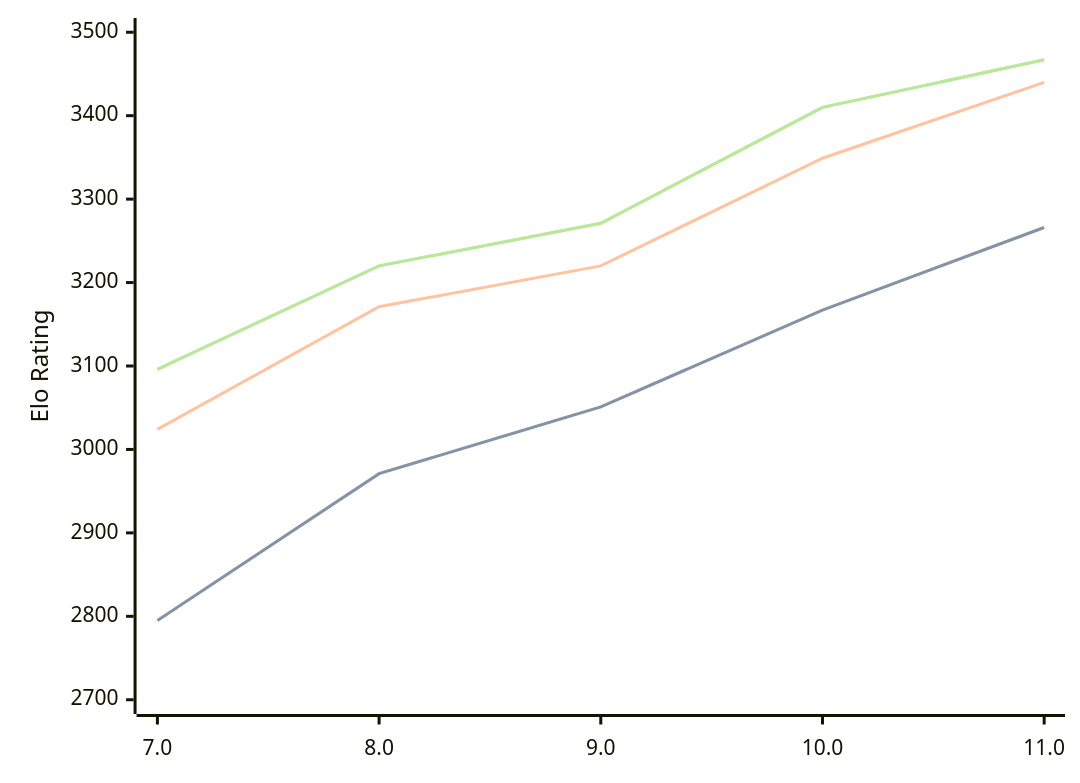
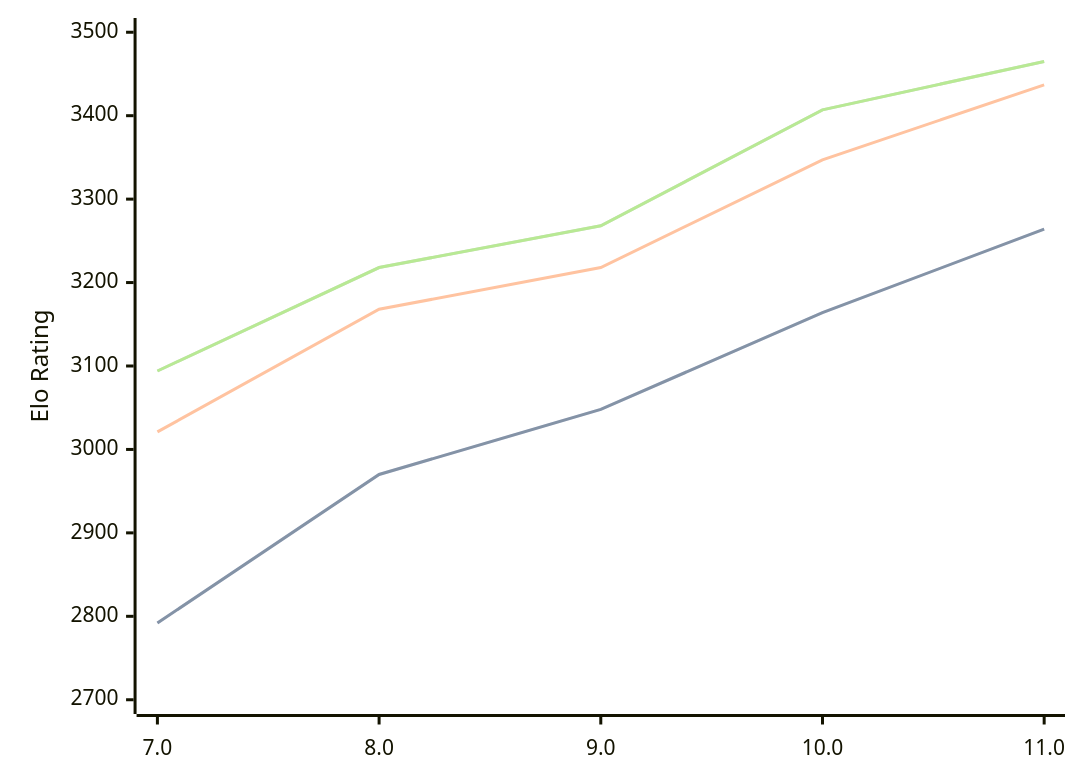
Before and after one commit to computer-chess-index/cci: the diagram in engines/Tcheran.md, drawn with Mermaid. The commit also changed other lines of this file, not shown here.

Commit message:
Update CCI Ratings (ELO VLTC) - 2026-03-31

````diff
--- a/engines/Tcheran.md
+++ b/engines/Tcheran.md
@@ -49,11 +49,11 @@
 ```mermaid
 %%{init: {"theme":"base","themeVariables":{"seriesColors:['#a3a3a3','#222221','#faa371']}}}%%
 xychart-beta
   x-axis ["7.0", "8.0", "9.0", "10.0", "11.0"]
   y-axis "Elo Rating" 2700 --> 3500
-  line "STC (8.0+0.08s)" [2795, 2971, 3051, 3167, 3266]
-  line "STC (8.0+0.08s)" [2795, 2971, 3051, 3167, 3266]
-  line "LTC (60.0+0.60s)" [3024, 3171, 3220, 3349, 3440]
-  line "VLTC (2m24s+1.12s)" [3096, 3220, 3271, 3410, 3467]
-  line "VLTC (2m24s+1.12s)" [3096, 3220, 3271, 3410, 3467]
+  line "STC (8.0+0.08s)" [2792, 2970, 3048, 3164, 3264]
+  line "STC (8.0+0.08s)" [2792, 2970, 3048, 3164, 3264]
+  line "LTC (60.0+0.60s)" [3021, 3168, 3218, 3347, 3437]
+  line "VLTC (2m24s+1.12s)" [3094, 3218, 3268, 3407, 3465]
+  line "VLTC (2m24s+1.12s)" [3094, 3218, 3268, 3407, 3465]
 ```
````
